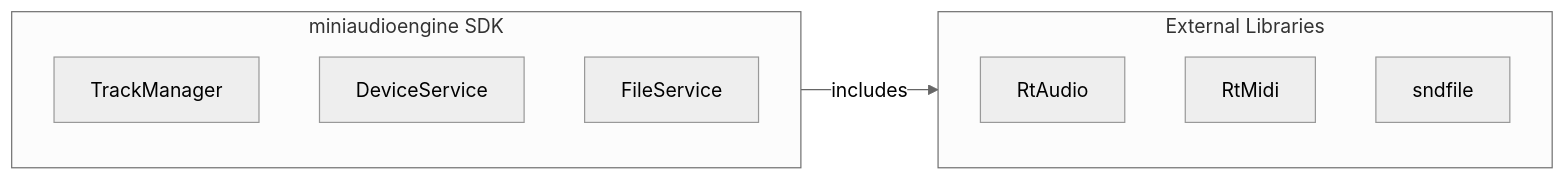
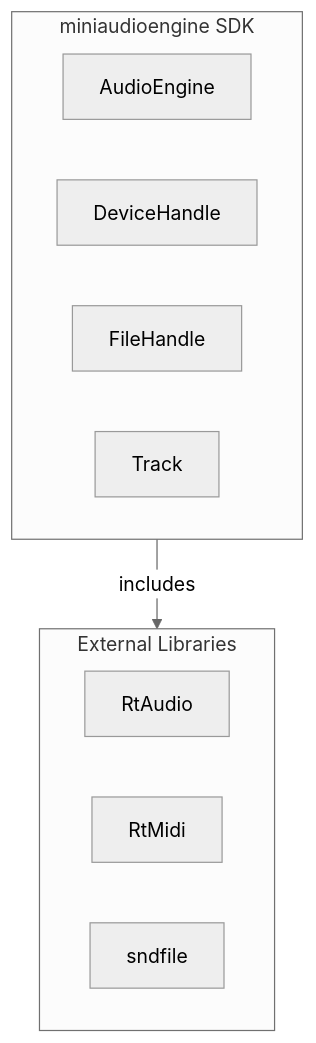
Before and after one commit to aidan-clyens/miniaudioengine: the second of 29 diagrams in docs/DESIGN_DOC.md, drawn with Mermaid (neutral theme). The commit also changed other lines of this file and 9 other files, not shown here.

````diff
--- a/docs/DESIGN_DOC.md
+++ b/docs/DESIGN_DOC.md
@@ -146,17 +100,18 @@
 ```mermaid
-graph LR
+graph TD
 
     subgraph External["External Libraries"]
         RtAudio
         RtMidi
         sndfile
     end
 
     subgraph SDK["miniaudioengine SDK"]
-        TrackManager
-        DeviceService
-        FileService
+        AudioEngine
+        DeviceHandle
+        FileHandle
+        Track
     end
 
     SDK -->|includes| External
 ```
````
